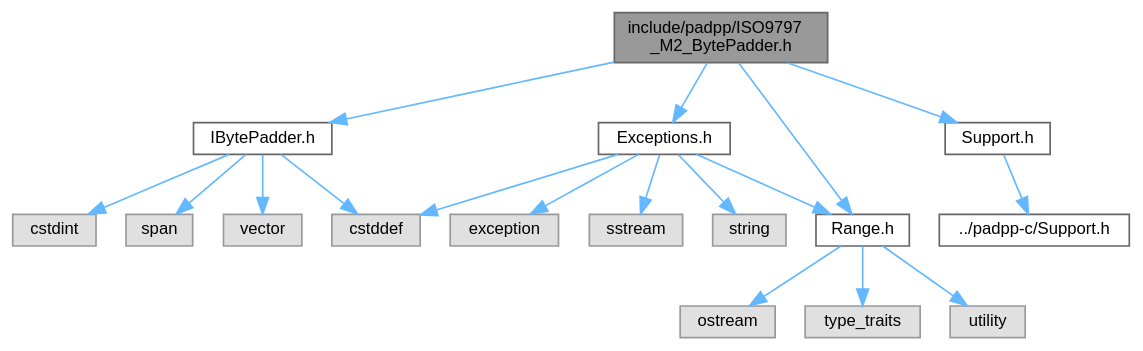
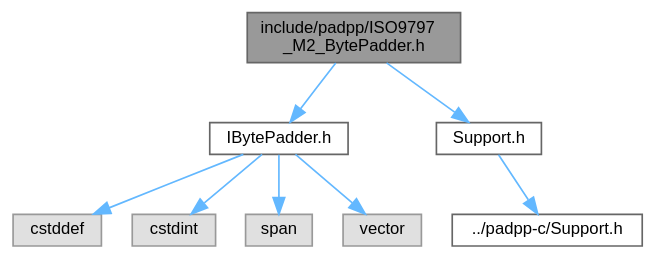
One commit to reslaid32/padpp changed the diagram in docs/da/da3/padpp_2ISO9797__M2__BytePadder_8h__incl.dot. Above: the diagram before and after it, drawn with Graphviz. The commit also changed 109 other files, not shown here.

```diff
--- a/docs/da/da3/padpp_2ISO9797__M2__BytePadder_8h__incl.dot
+++ b/docs/da/da3/padpp_2ISO9797__M2__BytePadder_8h__incl.dot
@@ -1,40 +1,22 @@
 digraph "include/padpp/ISO9797_M2_BytePadder.h"
 {
  // LATEX_PDF_SIZE
   bgcolor="transparent";
   edge [fontname=Helvetica,fontsize=10,labelfontname=Helvetica,labelfontsize=10];
   node [fontname=Helvetica,fontsize=10,shape=box,height=0.2,width=0.4];
-  Node1 [id="Node000001",label="include/padpp/ISO9797\l_M2_BytePadder.h",height=0.2,width=0.4,color="gray40", fillcolor="grey60", style="filled", fontcolor="black",tooltip=" "];
+  Node1 [id="Node000001",label="include/padpp/ISO9797\l_M2_BytePadder.h",height=0.2,width=0.4,color="gray40", fillcolor="grey60", style="filled", fontcolor="black",tooltip="C++ implementation of the ISO/IEC 9797-1 Padding Method 2 (M2)."];
   Node1 -> Node2 [id="edge1_Node000001_Node000002",color="steelblue1",style="solid",tooltip=" "];
-  Node2 [id="Node000002",label="Exceptions.h",height=0.2,width=0.4,color="grey40", fillcolor="white", style="filled",URL="$df/d7c/Exceptions_8h.html",tooltip=" "];
+  Node2 [id="Node000002",label="IBytePadder.h",height=0.2,width=0.4,color="grey40", fillcolor="white", style="filled",URL="$d0/d0b/IBytePadder_8h.html",tooltip="Interface for all byte-oriented padding strategies in padpp."];
   Node2 -> Node3 [id="edge2_Node000002_Node000003",color="steelblue1",style="solid",tooltip=" "];
   Node3 [id="Node000003",label="cstddef",height=0.2,width=0.4,color="grey60", fillcolor="#E0E0E0", style="filled",tooltip=" "];
   Node2 -> Node4 [id="edge3_Node000002_Node000004",color="steelblue1",style="solid",tooltip=" "];
-  Node4 [id="Node000004",label="exception",height=0.2,width=0.4,color="grey60", fillcolor="#E0E0E0", style="filled",tooltip=" "];
+  Node4 [id="Node000004",label="cstdint",height=0.2,width=0.4,color="grey60", fillcolor="#E0E0E0", style="filled",tooltip=" "];
   Node2 -> Node5 [id="edge4_Node000002_Node000005",color="steelblue1",style="solid",tooltip=" "];
-  Node5 [id="Node000005",label="sstream",height=0.2,width=0.4,color="grey60", fillcolor="#E0E0E0", style="filled",tooltip=" "];
+  Node5 [id="Node000005",label="span",height=0.2,width=0.4,color="grey60", fillcolor="#E0E0E0", style="filled",tooltip=" "];
   Node2 -> Node6 [id="edge5_Node000002_Node000006",color="steelblue1",style="solid",tooltip=" "];
-  Node6 [id="Node000006",label="string",height=0.2,width=0.4,color="grey60", fillcolor="#E0E0E0", style="filled",tooltip=" "];
-  Node2 -> Node7 [id="edge6_Node000002_Node000007",color="steelblue1",style="solid",tooltip=" "];
-  Node7 [id="Node000007",label="Range.h",height=0.2,width=0.4,color="grey40", fillcolor="white", style="filled",URL="$d9/db6/Range_8h.html",tooltip=" "];
+  Node6 [id="Node000006",label="vector",height=0.2,width=0.4,color="grey60", fillcolor="#E0E0E0", style="filled",tooltip=" "];
+  Node1 -> Node7 [id="edge6_Node000001_Node000007",color="steelblue1",style="solid",tooltip=" "];
+  Node7 [id="Node000007",label="Support.h",height=0.2,width=0.4,color="grey40", fillcolor="white", style="filled",URL="$db/d3d/padpp_2Support_8h.html",tooltip=" "];
   Node7 -> Node8 [id="edge7_Node000007_Node000008",color="steelblue1",style="solid",tooltip=" "];
-  Node8 [id="Node000008",label="ostream",height=0.2,width=0.4,color="grey60", fillcolor="#E0E0E0", style="filled",tooltip=" "];
-  Node7 -> Node9 [id="edge8_Node000007_Node000009",color="steelblue1",style="solid",tooltip=" "];
-  Node9 [id="Node000009",label="type_traits",height=0.2,width=0.4,color="grey60", fillcolor="#E0E0E0", style="filled",tooltip=" "];
-  Node7 -> Node10 [id="edge9_Node000007_Node000010",color="steelblue1",style="solid",tooltip=" "];
-  Node10 [id="Node000010",label="utility",height=0.2,width=0.4,color="grey60", fillcolor="#E0E0E0", style="filled",tooltip=" "];
-  Node1 -> Node11 [id="edge10_Node000001_Node000011",color="steelblue1",style="solid",tooltip=" "];
-  Node11 [id="Node000011",label="IBytePadder.h",height=0.2,width=0.4,color="grey40", fillcolor="white", style="filled",URL="$d0/d0b/IBytePadder_8h.html",tooltip=" "];
-  Node11 -> Node3 [id="edge11_Node000011_Node000003",color="steelblue1",style="solid",tooltip=" "];
-  Node11 -> Node12 [id="edge12_Node000011_Node000012",color="steelblue1",style="solid",tooltip=" "];
-  Node12 [id="Node000012",label="cstdint",height=0.2,width=0.4,color="grey60", fillcolor="#E0E0E0", style="filled",tooltip=" "];
-  Node11 -> Node13 [id="edge13_Node000011_Node000013",color="steelblue1",style="solid",tooltip=" "];
-  Node13 [id="Node000013",label="span",height=0.2,width=0.4,color="grey60", fillcolor="#E0E0E0", style="filled",tooltip=" "];
-  Node11 -> Node14 [id="edge14_Node000011_Node000014",color="steelblue1",style="solid",tooltip=" "];
-  Node14 [id="Node000014",label="vector",height=0.2,width=0.4,color="grey60", fillcolor="#E0E0E0", style="filled",tooltip=" "];
-  Node1 -> Node7 [id="edge15_Node000001_Node000007",color="steelblue1",style="solid",tooltip=" "];
-  Node1 -> Node15 [id="edge16_Node000001_Node000015",color="steelblue1",style="solid",tooltip=" "];
-  Node15 [id="Node000015",label="Support.h",height=0.2,width=0.4,color="grey40", fillcolor="white", style="filled",URL="$db/d3d/padpp_2Support_8h.html",tooltip=" "];
-  Node15 -> Node16 [id="edge17_Node000015_Node000016",color="steelblue1",style="solid",tooltip=" "];
-  Node16 [id="Node000016",label="../padpp-c/Support.h",height=0.2,width=0.4,color="grey40", fillcolor="white", style="filled",URL="$d9/d97/padpp-c_2Support_8h.html",tooltip=" "];
+  Node8 [id="Node000008",label="../padpp-c/Support.h",height=0.2,width=0.4,color="grey40", fillcolor="white", style="filled",URL="$d9/d97/padpp-c_2Support_8h.html",tooltip=" "];
 }
```
